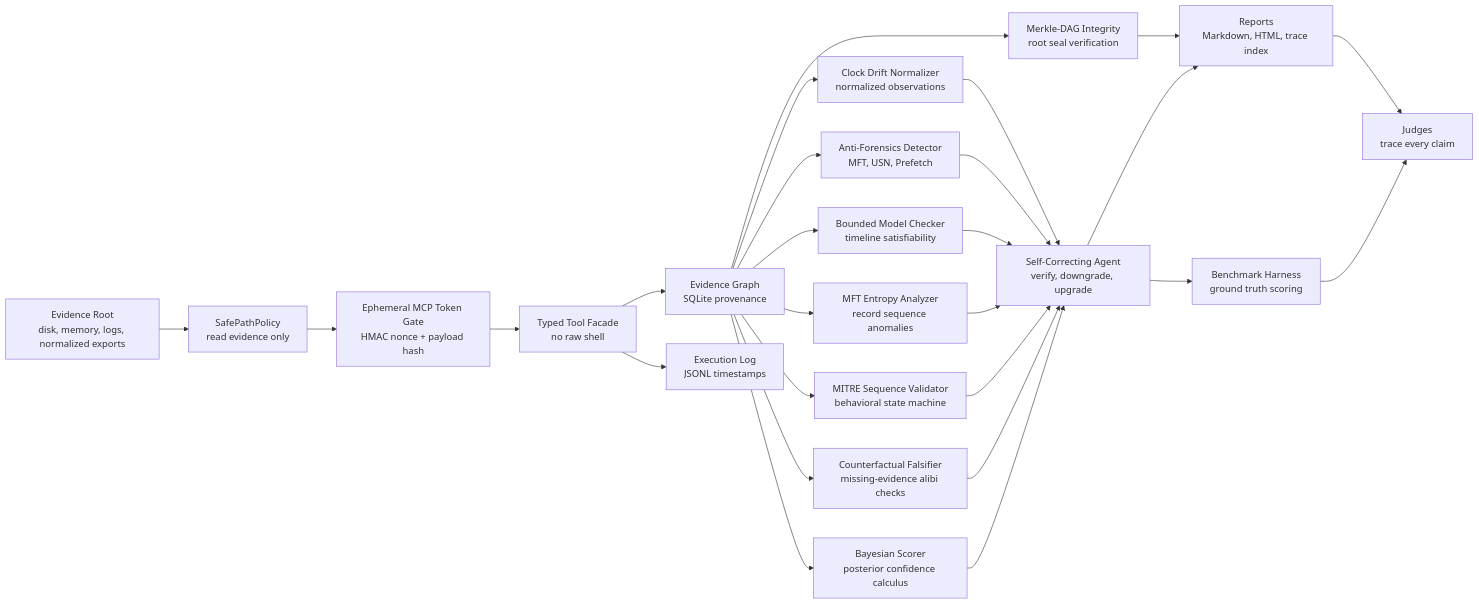
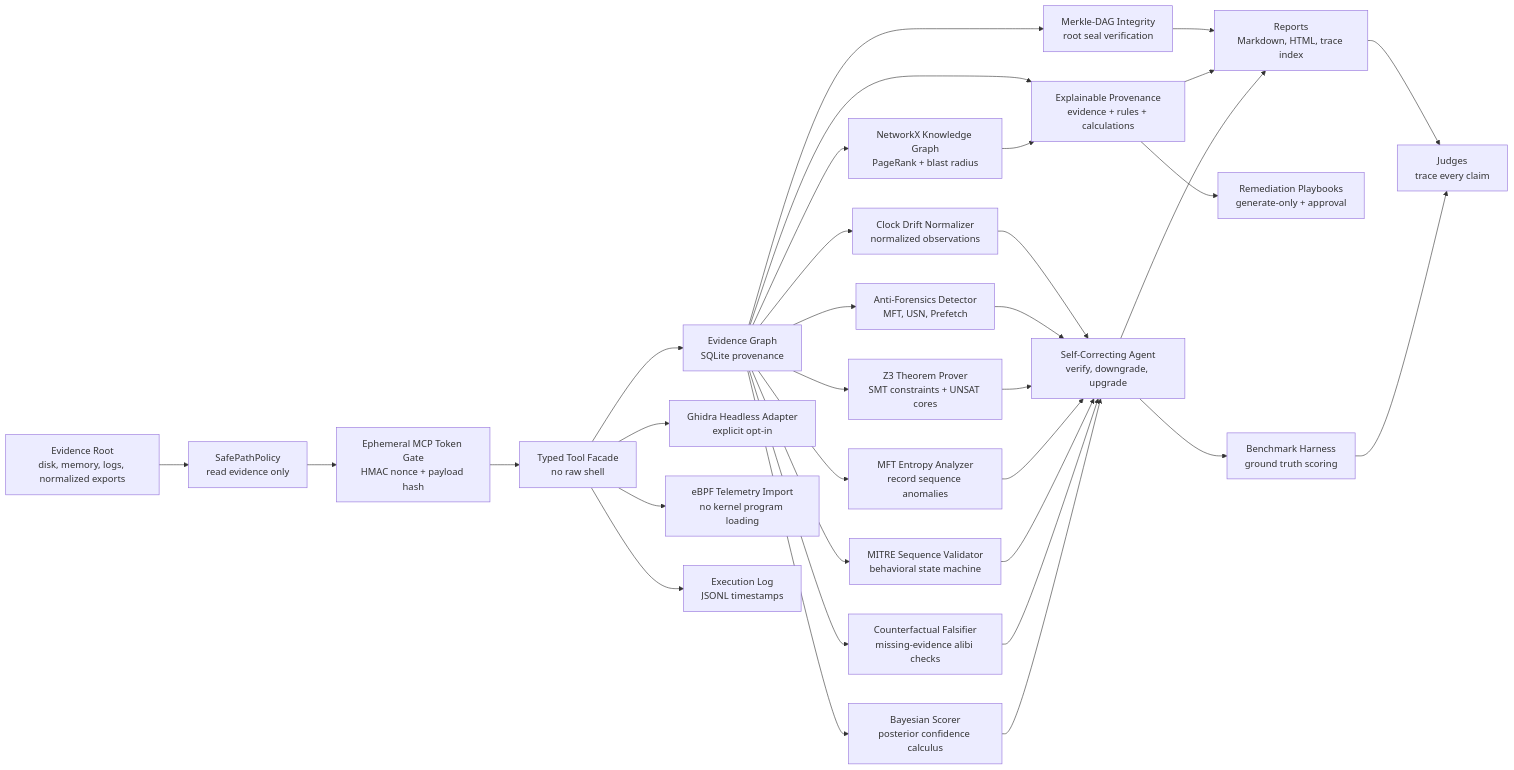
One commit to sleader3221-dot/ProofSIFT changed the diagram in docs/architecture.md. Above: the diagram before and after it, drawn with Mermaid. The commit also changed other lines of this file and 30 other files, not shown here.

````diff
--- a/docs/architecture.md
+++ b/docs/architecture.md
@@ -5,28 +5,35 @@
 ```mermaid
 flowchart LR
   Evidence["Evidence Root<br/>disk, memory, logs, normalized exports"] --> Policy["SafePathPolicy<br/>read evidence only"]
   Policy --> Auth["Ephemeral MCP Token Gate<br/>HMAC nonce + payload hash"]
   Auth --> Tools["Typed Tool Facade<br/>no raw shell"]
   Tools --> Graph["Evidence Graph<br/>SQLite provenance"]
   Graph --> Drift["Clock Drift Normalizer<br/>normalized observations"]
   Graph --> Anti["Anti-Forensics Detector<br/>MFT, USN, Prefetch"]
-  Graph --> BMC["Bounded Model Checker<br/>timeline satisfiability"]
+  Graph --> BMC["Z3 Theorem Prover<br/>SMT constraints + UNSAT cores"]
   Graph --> Entropy["MFT Entropy Analyzer<br/>record sequence anomalies"]
   Graph --> Mitre["MITRE Sequence Validator<br/>behavioral state machine"]
   Graph --> Counter["Counterfactual Falsifier<br/>missing-evidence alibi checks"]
   Graph --> Bayes["Bayesian Scorer<br/>posterior confidence calculus"]
   Graph --> Merkle["Merkle-DAG Integrity<br/>root seal verification"]
+  Graph --> KG["NetworkX Knowledge Graph<br/>PageRank + blast radius"]
+  Graph --> XAI["Explainable Provenance<br/>evidence + rules + calculations"]
+  Tools --> Ghidra["Ghidra Headless Adapter<br/>explicit opt-in"]
+  Tools --> EBPF["eBPF Telemetry Import<br/>no kernel program loading"]
   Tools --> Audit["Execution Log<br/>JSONL timestamps"]
   Drift --> Agent["Self-Correcting Agent<br/>verify, downgrade, upgrade"]
   Anti --> Agent
   BMC --> Agent
   Entropy --> Agent
   Mitre --> Agent
   Counter --> Agent
   Bayes --> Agent
   Merkle --> Reports
+  KG --> XAI
+  XAI --> Reports
+  XAI --> Response["Remediation Playbooks<br/>generate-only + approval"]
   Agent --> Reports["Reports<br/>Markdown, HTML, trace index"]
   Agent --> Bench["Benchmark Harness<br/>ground truth scoring"]
   Reports --> Judges["Judges<br/>trace every claim"]
   Bench --> Judges
 ```
````
